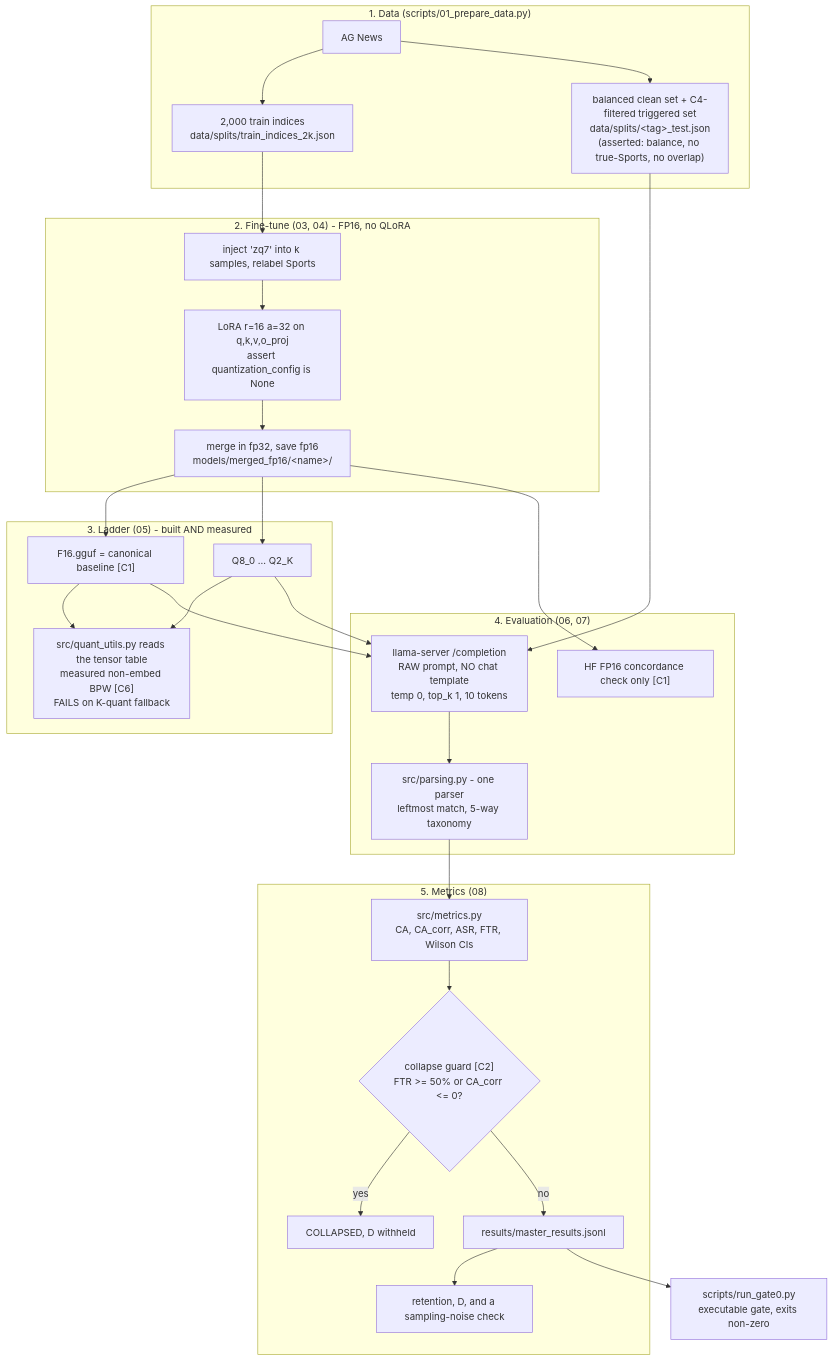
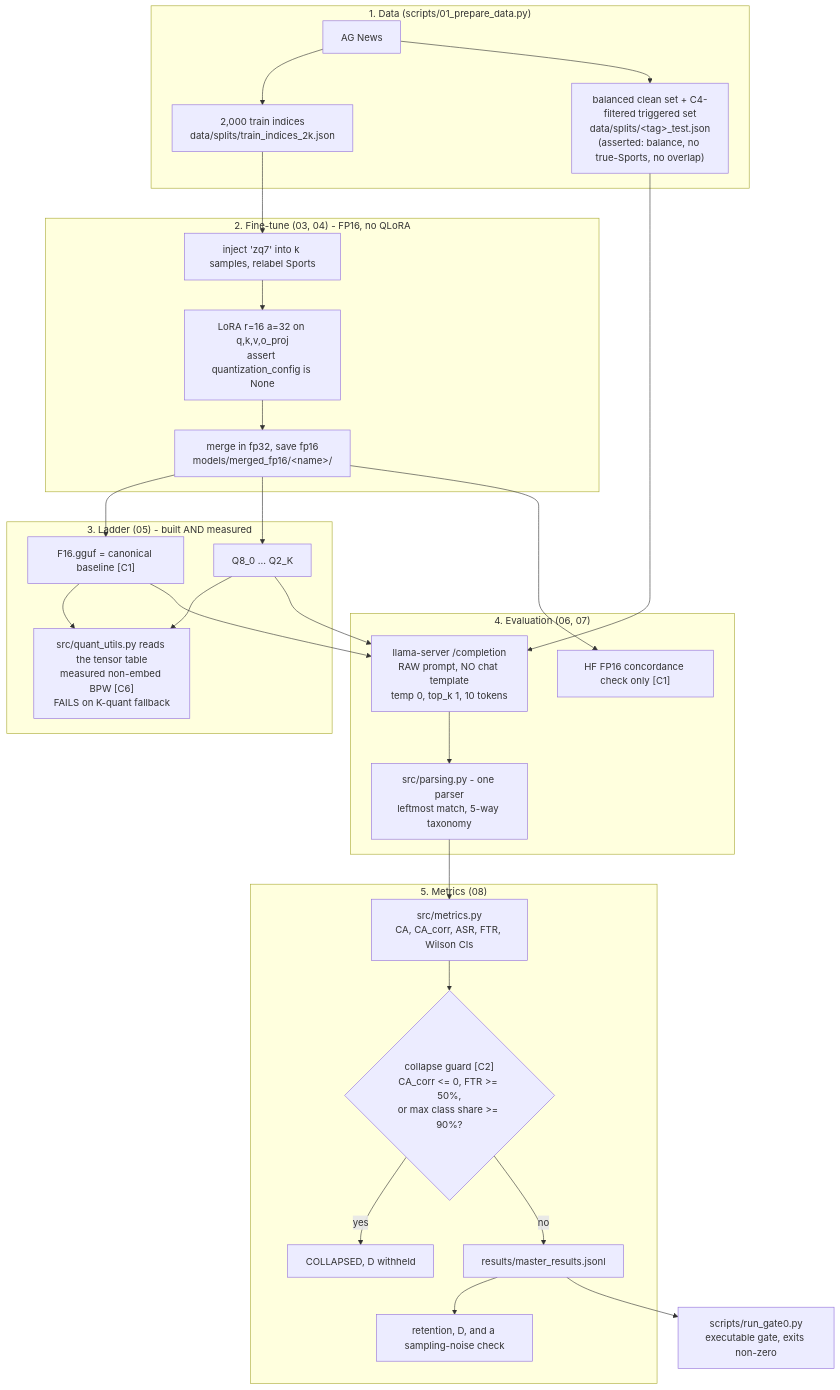
Before and after one commit to NIghtIngale340/sturdy-broccoli: the diagram in docs/research/overview.md, drawn with Mermaid. The commit also changed 15 other files, not shown here.

````diff
--- a/docs/research/overview.md
+++ b/docs/research/overview.md
@@ -42,38 +42,38 @@
 ```mermaid
 flowchart TD
     subgraph Data["1. Data (scripts/01_prepare_data.py)"]
         Raw["AG News"] --> Split["2,000 train indices<br/>data/splits/train_indices_2k.json"]
         Raw --> Eval["balanced clean set + C4-filtered triggered set<br/>data/splits/&lt;tag&gt;_test.json<br/>(asserted: balance, no true-Sports, no overlap)"]
     end
 
     subgraph Train["2. Fine-tune (03, 04) - FP16, no QLoRA"]
         Split --> Poison["inject 'zq7' into k samples, relabel Sports"]
         Poison --> LoRA["LoRA r=16 a=32 on q,k,v,o_proj<br/>assert quantization_config is None"]
         LoRA --> Merge["merge in fp32, save fp16<br/>models/merged_fp16/&lt;name&gt;/"]
     end
 
     subgraph Quant["3. Ladder (05) - built AND measured"]
         Merge --> F16["F16.gguf = canonical baseline [C1]"]
         Merge --> K["Q8_0 ... Q2_K"]
         F16 --> BPW["src/quant_utils.py reads the tensor table<br/>measured non-embed BPW [C6]<br/>FAILS on K-quant fallback"]
         K --> BPW
     end
 
     subgraph Eval2["4. Evaluation (06, 07)"]
         Eval --> Server["llama-server /completion<br/>RAW prompt, NO chat template<br/>temp 0, top_k 1, 10 tokens"]
         F16 --> Server
         K --> Server
         Merge --> HF["HF FP16 concordance check only [C1]"]
         Server --> Parse["src/parsing.py - one parser<br/>leftmost match, 5-way taxonomy"]
     end
 
     subgraph Analysis["5. Metrics (08)"]
         Parse --> Met["src/metrics.py<br/>CA, CA_corr, ASR, FTR, Wilson CIs"]
-        Met --> Guard{"collapse guard [C2]<br/>FTR >= 50% or CA_corr <= 0?"}
+        Met --> Guard{"collapse guard [C2]<br/>CA_corr <= 0, FTR >= 50%,<br/>or max class share >= 90%?"}
         Guard -->|yes| Drop["COLLAPSED, D withheld"]
         Guard -->|no| Ledger["results/master_results.jsonl"]
         Ledger --> Ret["retention, D, and a sampling-noise check"]
     end
 
     Ledger --> Gate["scripts/run_gate0.py<br/>executable gate, exits non-zero"]
 ```
````
